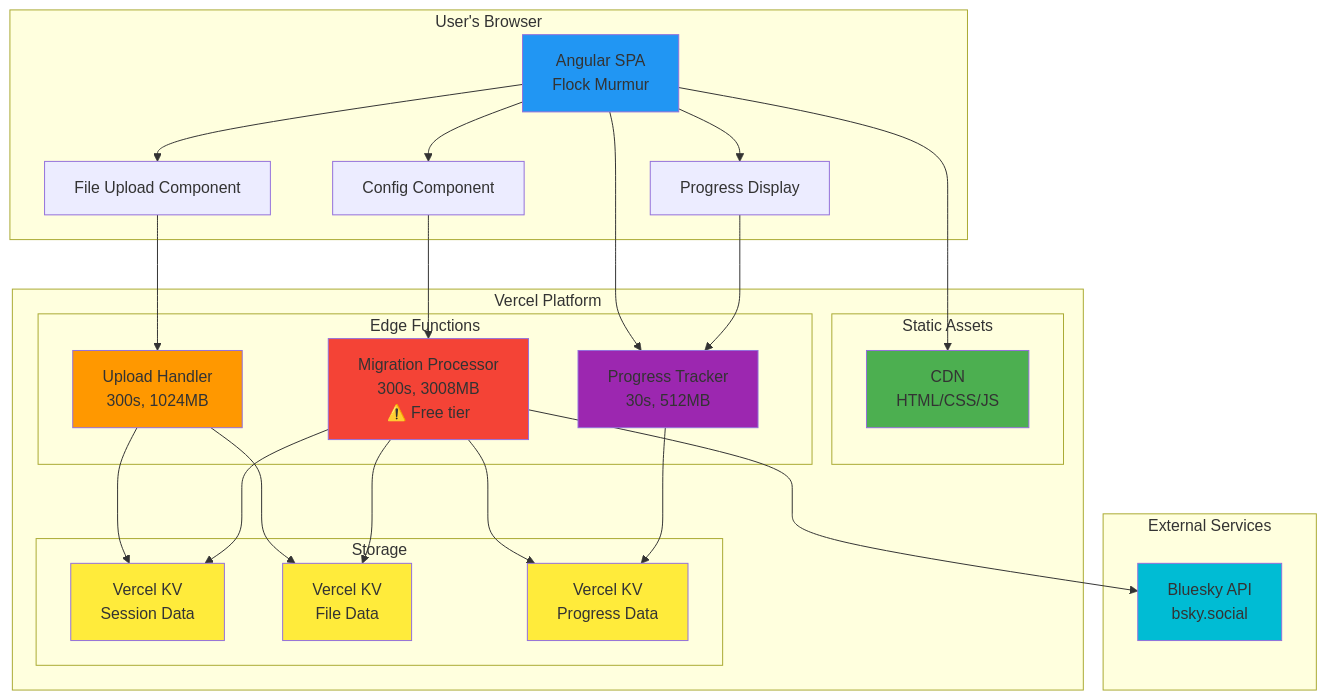
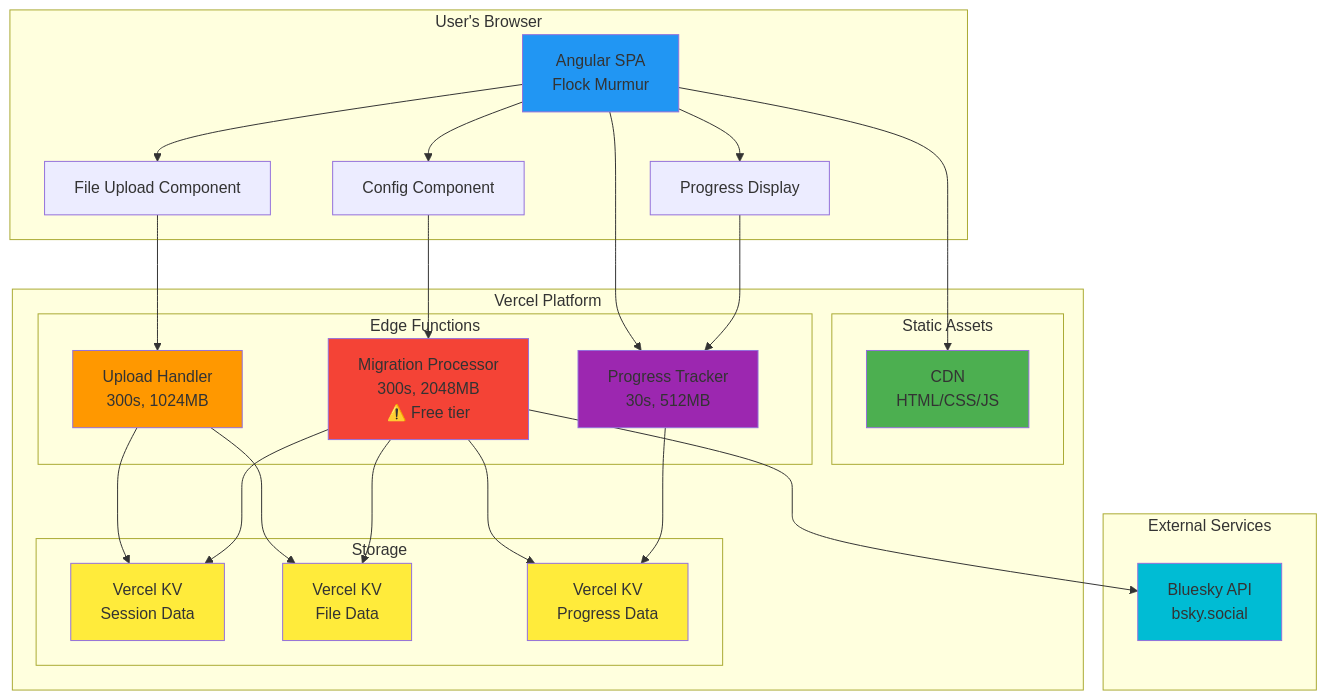
The first of 8 diagrams in docs/VERCEL_ARCHITECTURE.md (CommunityStream-io/flock), drawn with Mermaid before and after one commit. The commit also changed other lines of this file and 4 other files, not shown here.

Commit message:
Fix: Reduce migrate endpoint memory to 2048MB for Vercel free tier

````diff
--- a/docs/VERCEL_ARCHITECTURE.md
+++ b/docs/VERCEL_ARCHITECTURE.md
@@ -5,59 +5,59 @@
 ```mermaid
 graph TB
     subgraph "User's Browser"
         A[Angular SPA<br/>Flock Murmur]
         A1[File Upload Component]
         A2[Progress Display]
         A3[Config Component]
         A --> A1
         A --> A2
         A --> A3
     end
     
     subgraph "Vercel Platform"
         subgraph "Static Assets"
             B[CDN<br/>HTML/CSS/JS]
         end
         
         subgraph "Edge Functions"
             C[Upload Handler<br/>300s, 1024MB]
-            D[Migration Processor<br/>300s, 3008MB<br/>⚠️ Free tier]
+            D[Migration Processor<br/>300s, 2048MB<br/>⚠️ Free tier]
             E[Progress Tracker<br/>30s, 512MB]
         end
         
         subgraph "Storage"
             F[Vercel KV<br/>Session Data]
             G[Vercel KV<br/>File Data]
             H[Vercel KV<br/>Progress Data]
         end
     end
     
     subgraph "External Services"
         I[Bluesky API<br/>bsky.social]
     end
     
     A --> B
     A1 --> C
     A --> E
     A3 --> D
     A2 --> E
     
     C --> F
     C --> G
     D --> F
     D --> G
     D --> H
     E --> H
     
     D --> I
     
     style A fill:#2196f3
     style B fill:#4caf50
     style C fill:#ff9800
     style D fill:#f44336
     style E fill:#9c27b0
     style F fill:#ffeb3b
     style G fill:#ffeb3b
     style H fill:#ffeb3b
     style I fill:#00bcd4
 ```
````
